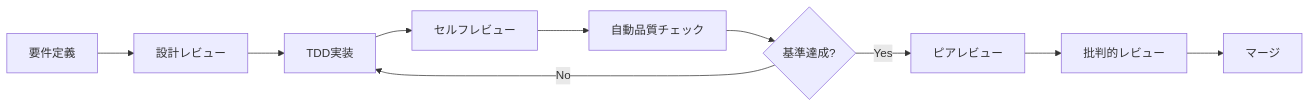
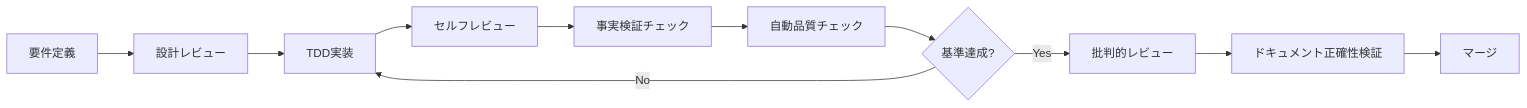
Before and after one commit to tkosht/cursor_dev: the diagram in CLAUDE.md, drawn with Mermaid. The commit also changed other lines of this file and 12 other files, not shown here.

````diff
--- a/CLAUDE.md
+++ b/CLAUDE.md
@@ -40,12 +81,13 @@
 ```mermaid
 graph LR
     A[要件定義] --> B[設計レビュー]
     B --> C[TDD実装]
     C --> D[セルフレビュー]
-    D --> E[自動品質チェック]
-    E --> F{基準達成?}
-    F -->|No| C
-    F -->|Yes| G[ピアレビュー]
-    G --> H[批判的レビュー]
-    H --> I[マージ]
+    D --> E[事実検証チェック]
+    E --> F[自動品質チェック]
+    F --> G{基準達成?}
+    G -->|No| C
+    G -->|Yes| H[批判的レビュー]
+    H --> I[ドキュメント正確性検証]
+    I --> J[マージ]
 ```
````
